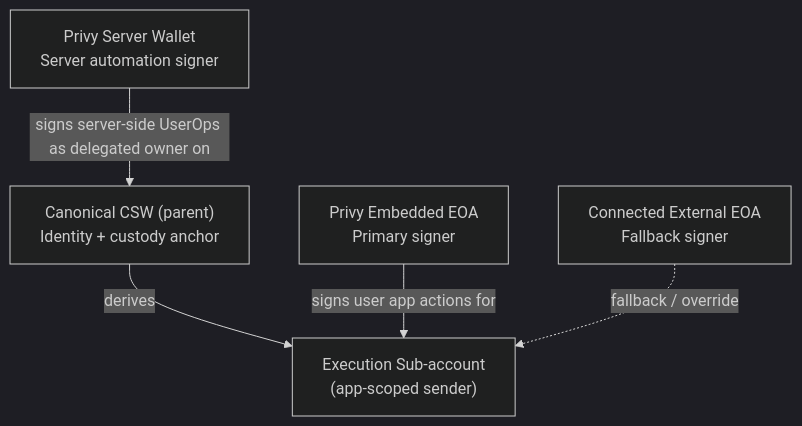
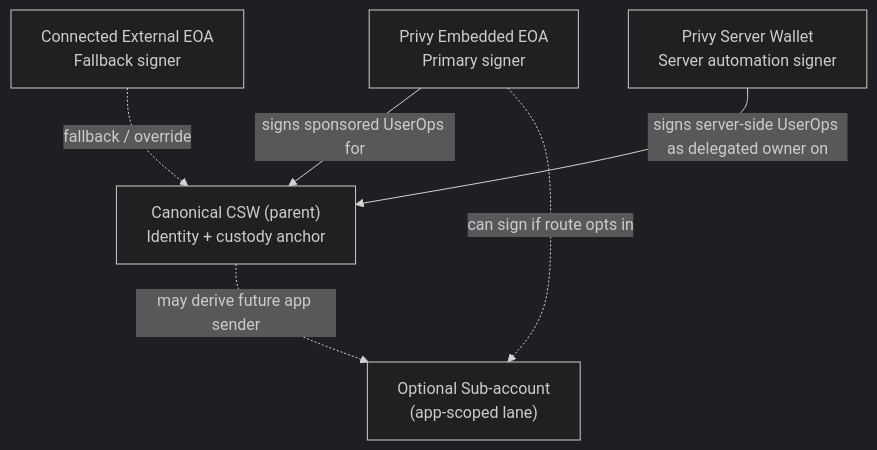
Before and after one commit to 4626fun/4626: the first of 2 diagrams in docs/primitives/account.md, drawn with Mermaid (dark theme). The commit also changed other lines of this file and 21 other files, not shown here.

````diff
--- a/docs/primitives/account.md
+++ b/docs/primitives/account.md
@@ -35,13 +35,14 @@
 ```mermaid
 flowchart TD
   CSW["Canonical CSW (parent)\nIdentity + custody anchor"]
-  Sub["Execution Sub-account\n(app-scoped sender)"]
   Embedded["Privy Embedded EOA\nPrimary signer"]
+  Sub["Optional Sub-account\n(app-scoped lane)"]
   External["Connected External EOA\nFallback signer"]
   Server["Privy Server Wallet\nServer automation signer"]
 
-  CSW -->|"derives"| Sub
-  Embedded -->|"signs user app actions for"| Sub
-  External -.->|"fallback / override"| Sub
+  Embedded -->|"signs sponsored UserOps for"| CSW
+  CSW -.->|"may derive future app sender"| Sub
+  Embedded -.->|"can sign if route opts in"| Sub
+  External -.->|"fallback / override"| CSW
   Server -->|"signs server-side UserOps as delegated owner on"| CSW
 ```
````
